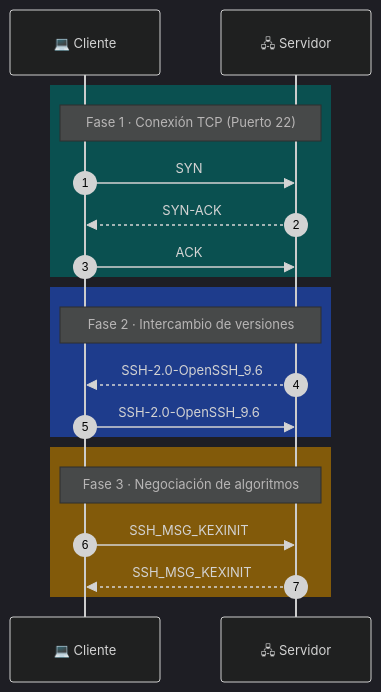
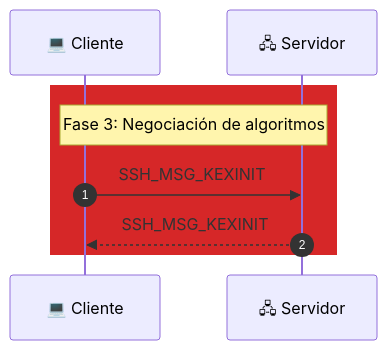
The third of 4 diagrams in handshake.qmd (acapovilla/ssh-presentation), drawn with Mermaid before and after one commit. The commit also changed other lines of this file and 5 other files, not shown here.

````diff
--- a/handshake.qmd
+++ b/handshake.qmd
@@ -50,24 +109,20 @@
 ```{mermaid}
-%%{init: {'fontSize': 13, 'theme': 'dark'}}%%
+%%| fig-align: center
+---
+displayMode: compact
+config:
+  htmlLabels: false
+---
+
+
 sequenceDiagram
     autonumber
     participant C as 💻 Cliente
     participant S as 🖧 Servidor
 
-    rect rgb(10, 80, 80)
-        note over C,S: Fase 1 · Conexión TCP (Puerto 22)
-        C->>S: SYN
-        S-->>C: SYN-ACK
-        C->>S: ACK
-    end
-    rect rgb(30, 60, 140)
-        note over C,S: Fase 2 · Intercambio de versiones
-        S-->>C: SSH-2.0-OpenSSH_9.6
-        C->>S: SSH-2.0-OpenSSH_9.6
-    end
-    rect rgb(130, 90, 10)
-        note over C,S: Fase 3 · Negociación de algoritmos
+    rect rgb(214, 39, 40)
+        note over C,S: Fase 3: Negociación de algoritmos
         C->>S: SSH_MSG_KEXINIT
         S-->>C: SSH_MSG_KEXINIT
     end
 ```
````
